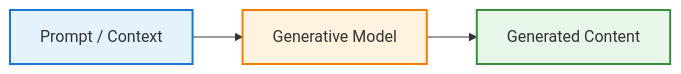
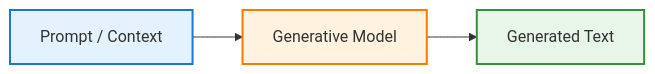
Before and after one commit to ravijoshi1810/codifyme: the diagram in _posts/series/journey-automation-to-ai/2026-01-28-series-5-chapter-5-1-what-is-generative-ai.md, drawn with Mermaid. The commit also changed other lines of this file and 25 other files, not shown here.

````diff
--- a/_posts/series/journey-automation-to-ai/2026-01-28-series-5-chapter-5-1-what-is-generative-ai.md
+++ b/_posts/series/journey-automation-to-ai/2026-01-28-series-5-chapter-5-1-what-is-generative-ai.md
@@ -52,8 +134,8 @@
 ```mermaid
 flowchart LR
     Input[Prompt / Context] --> Model[Generative Model]
-    Model --> Output[Generated Content]
+    Model --> Output[Generated Text]
     style Input fill:#e3f2fd,stroke:#1976d2,stroke-width:2px
     style Model fill:#fff3e0,stroke:#f57c00,stroke-width:2px
     style Output fill:#e8f5e9,stroke:#388e3c,stroke-width:2px
 ```
````
